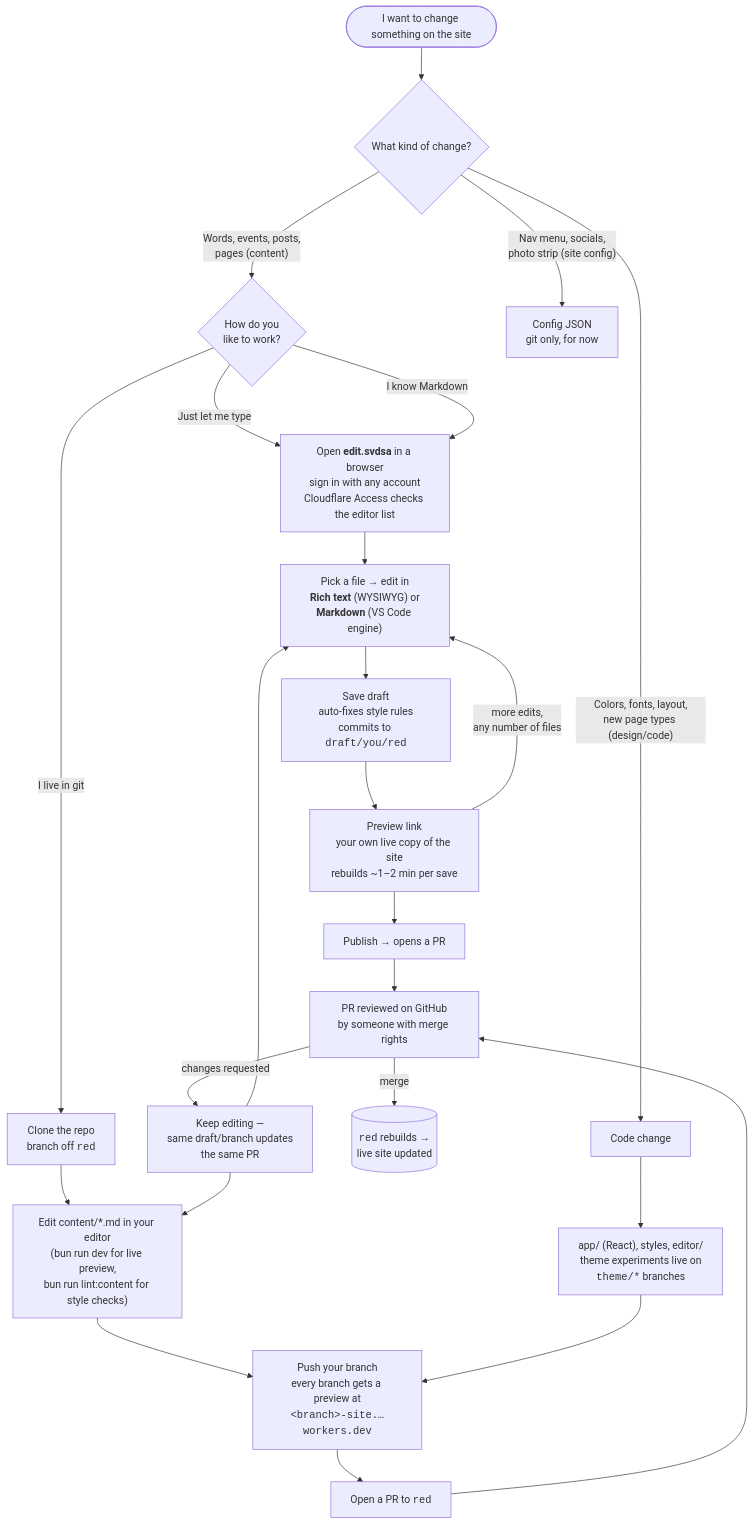
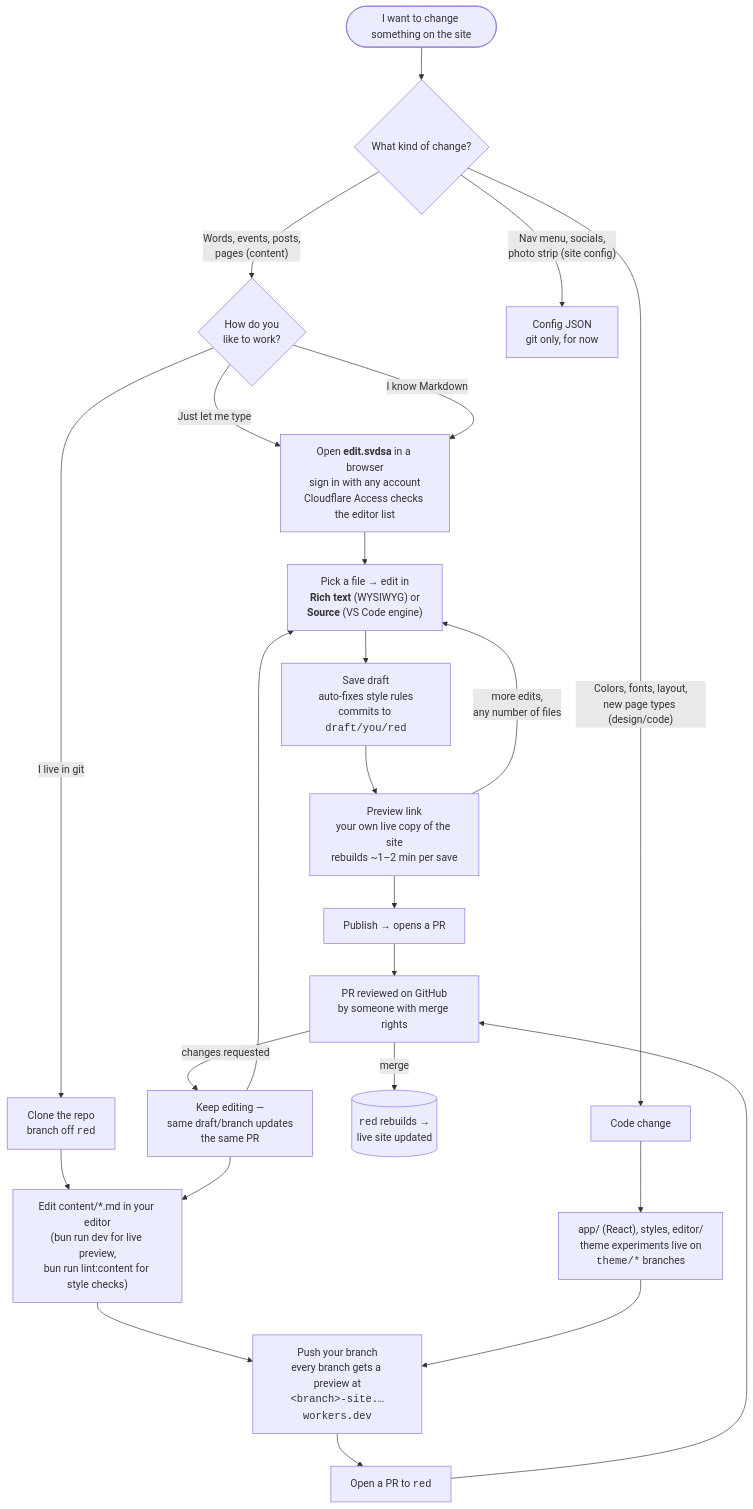
One commit to cinderblock/svdsa.org changed the diagram in docs/editing.md. Above: the diagram before and after it, drawn with Mermaid. The commit also changed other lines of this file and 4 other files, not shown here.

First line of the commit message:
editor: "Source" instead of "Markdown", and a test for the shell's scrolling

````diff
--- a/docs/editing.md
+++ b/docs/editing.md
@@ -7,32 +7,32 @@
 ```mermaid
 flowchart TD
     Start([I want to change something on the site]) --> What{What kind of change?}
 
     What -->|"Words, events, posts,<br/>pages (content)"| HowEdit{How do you<br/>like to work?}
     What -->|"Colors, fonts, layout,<br/>new page types (design/code)"| Code[Code change]
     What -->|"Nav menu, socials,<br/>photo strip (site config)"| Config[Config JSON<br/>git only, for now]
 
     HowEdit -->|"Just let me type"| W1[Open <b>edit.svdsa</b> in a browser<br/>sign in with any account<br/>Cloudflare Access checks the editor list]
     HowEdit -->|"I know Markdown"| W1
     HowEdit -->|"I live in git"| G1[Clone the repo<br/>branch off <code>red</code>]
 
-    W1 --> W2["Pick a file → edit in<br/><b>Rich text</b> (WYSIWYG) or<br/><b>Markdown</b> (VS Code engine)"]
+    W1 --> W2["Pick a file → edit in<br/><b>Rich text</b> (WYSIWYG) or<br/><b>Source</b> (VS Code engine)"]
     W2 --> W3[Save draft<br/>auto-fixes style rules<br/>commits to <code>draft/you/red</code>]
     W3 --> W4[Preview link<br/>your own live copy of the site<br/>rebuilds ~1–2 min per save]
     W4 -->|more edits,<br/>any number of files| W2
     W4 --> W5[Publish → opens a PR]
 
     G1 --> G2["Edit content/*.md in your editor<br/>(bun run dev for live preview,<br/>bun run lint:content for style checks)"]
     G2 --> G3[Push your branch<br/>every branch gets a preview at<br/><code>&lt;branch&gt;-site.…workers.dev</code>]
     G3 --> G4[Open a PR to <code>red</code>]
 
     Code --> C1["app/ (React), styles, editor/<br/>theme experiments live on<br/><code>theme/*</code> branches"]
     C1 --> G3
 
     W5 --> R[PR reviewed on GitHub<br/>by someone with merge rights]
     G4 --> R
     R -->|merge| Live[(<code>red</code> rebuilds →<br/>live site updated)]
     R -->|changes requested| Back[Keep editing —<br/>same draft/branch updates<br/>the same PR]
     Back --> W2
     Back --> G2
 ```
````
